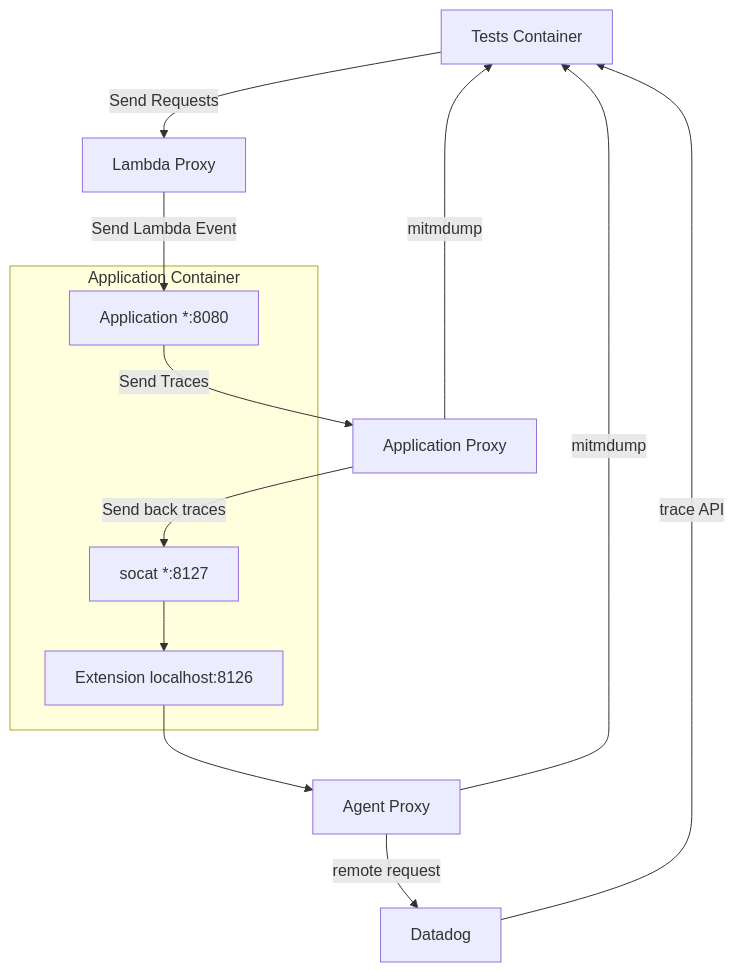
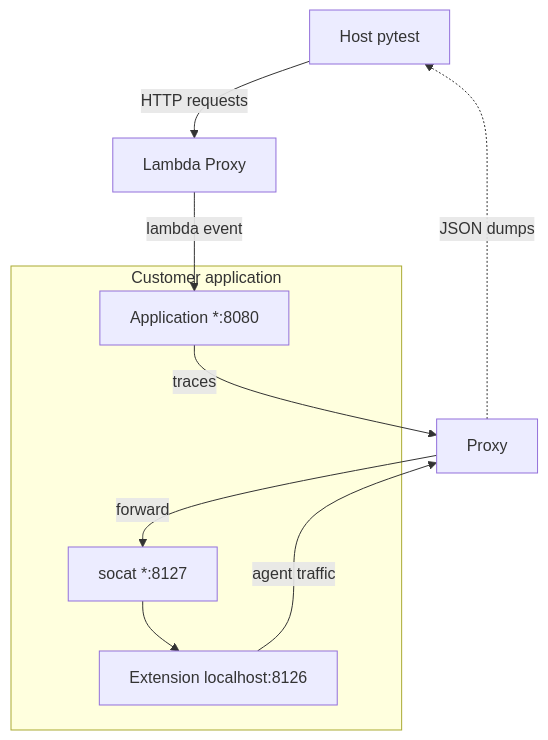
The second of 2 diagrams in docs/understand/scenarios/aws_lambda.md (DataDog/system-tests), drawn with Mermaid before and after one commit. The commit also changed other lines of this file and 1 other file, not shown here.

Commit message:
fix review comments

````diff
--- a/docs/understand/scenarios/aws_lambda.md
+++ b/docs/understand/scenarios/aws_lambda.md
@@ -34,17 +34,15 @@
 ```mermaid
 flowchart TD
-    TESTS[Tests Container] -->|Send Requests| LambdaProxy
-    LambdaProxy[Lambda Proxy] -->|Send Lambda Event| Application
-    subgraph APP[Application Container]
-        socat[socat *:8127] --> Extension
-        Extension[Extension localhost:8126]
-        Application[Application *:8080]
+    HOST[Host pytest] -->|HTTP requests| LAMBDAPROXY
+    LAMBDAPROXY[Lambda Proxy] -->|lambda event| APP
+    subgraph WEBLOG[Customer application]
+        APP[Application *:8080]
+        SOCAT[socat *:8127]
+        EXT[Extension localhost:8126]
+        SOCAT --> EXT
     end
-    Application --> | Send Traces | APPPROXY
-    APPPROXY[Application Proxy] --> | Send back traces | socat
-    APPPROXY -->|mitmdump| TESTS
-    Extension --> AGENTPROXY
-    AGENTPROXY[Agent Proxy] -->|remote request| BACKEND
-    AGENTPROXY -->|mitmdump| TESTS
-    BACKEND[Datadog] -->|trace API| TESTS
+    APP -->|traces| PROXY
+    PROXY[Proxy] -->|forward| SOCAT
+    EXT -->|agent traffic| PROXY
+    PROXY -.->|JSON dumps| HOST
 ```
````
